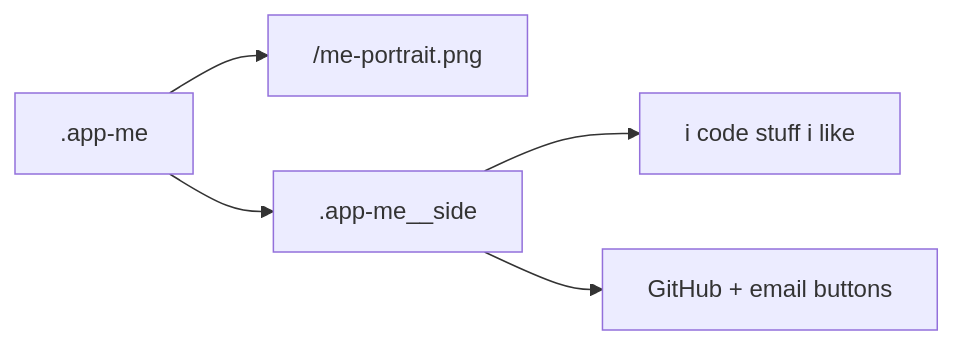
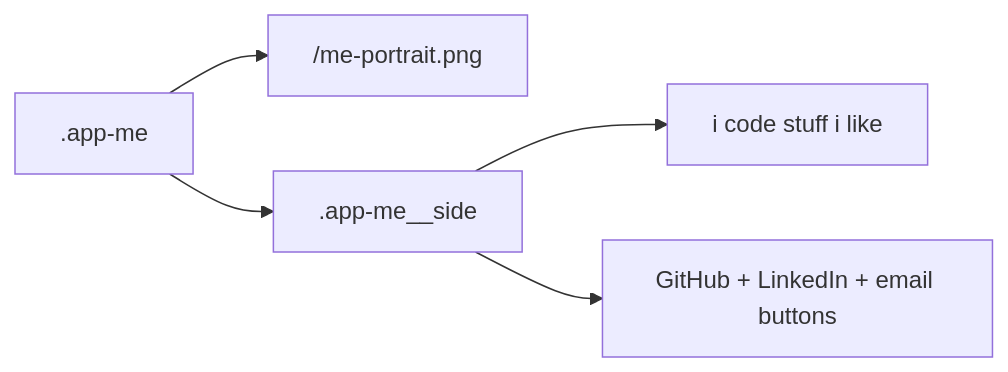
The diagram in docs/apps/me.md (ZhaLuc/xuanOS), drawn with Mermaid before and after one commit. The commit also changed other lines of this file and 1 other file, not shown here.

Commit message:
Add LinkedIn link to Me app.

````diff
--- a/docs/apps/me.md
+++ b/docs/apps/me.md
@@ -18,7 +18,7 @@
 ```mermaid
 flowchart LR
   Root[".app-me"] --> Portrait["/me-portrait.png"]
   Root --> Side[".app-me__side"]
   Side --> Quote["i code stuff i like"]
-  Side --> Actions[GitHub + email buttons]
+  Side --> Actions[GitHub + LinkedIn + email buttons]
 ```
````
